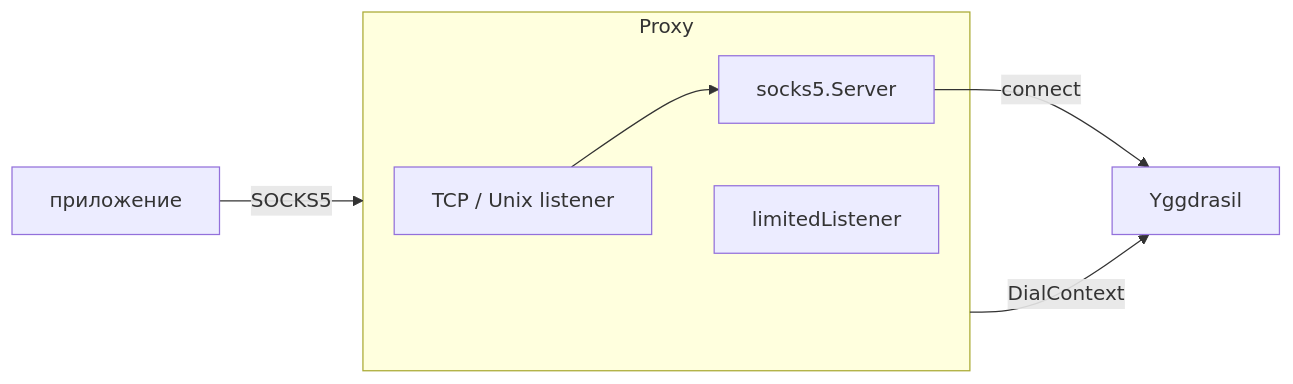
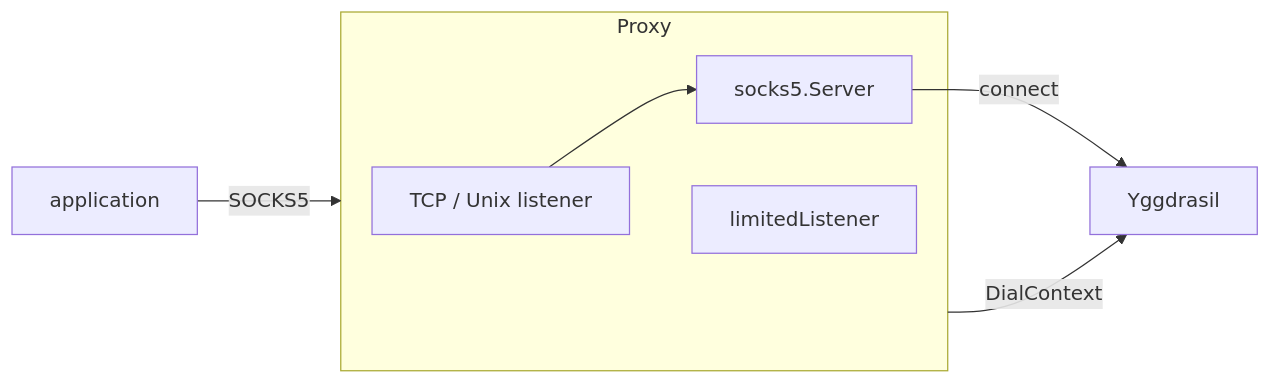
The first of 3 diagrams in mod/socks/README.md (voluminor/ratatoskr), drawn with Mermaid before and after one commit. The commit also changed other lines of this file and 6 other files, not shown here.

````diff
--- a/mod/socks/README.md
+++ b/mod/socks/README.md
@@ -20,14 +20,14 @@
 ```mermaid
 flowchart LR
-    App["приложение"] -->|" SOCKS5 "| Proxy["socks.Obj"]
+    App["application"] -->|" SOCKS5 "| Proxy["socks.Obj"]
     Proxy -->|" DialContext "| Ygg["Yggdrasil"]
 
     subgraph Proxy
         Listener["TCP / Unix listener"]
         Socks5["socks5.Server"]
         Limit["limitedListener"]
     end
 
     Listener --> Socks5
     Socks5 -->|" connect "| Ygg
 ```
````
